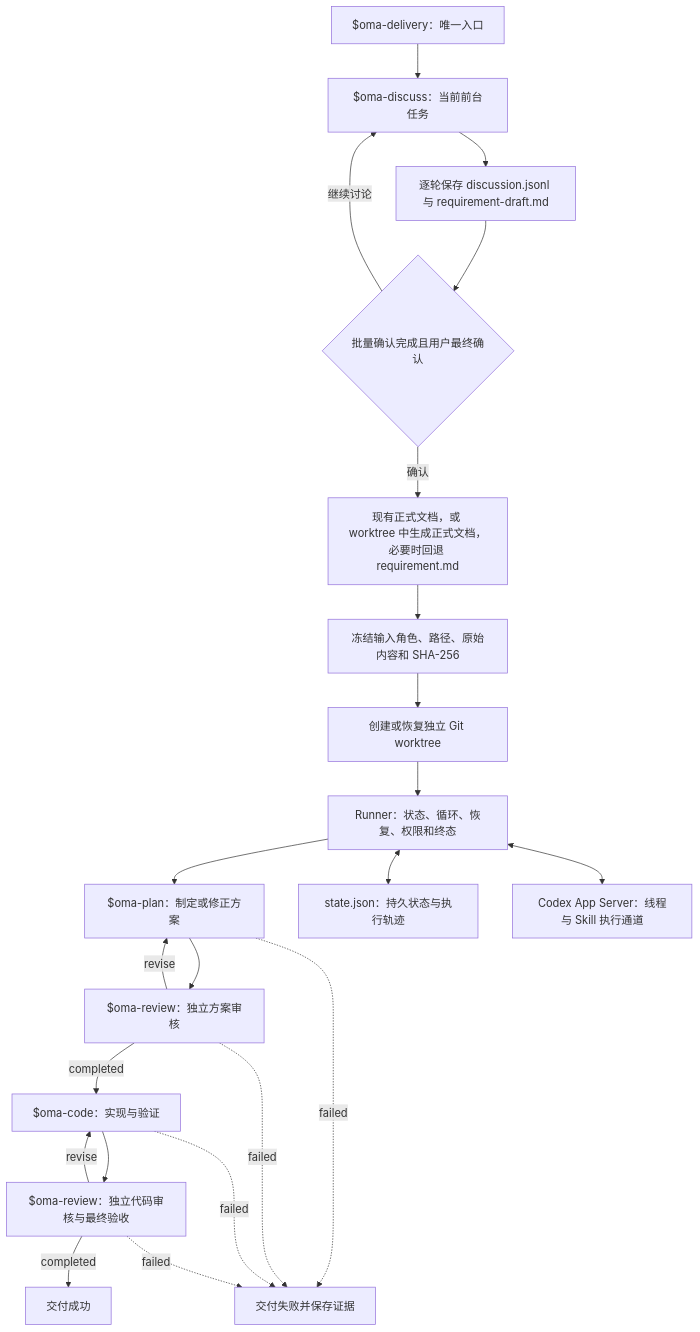
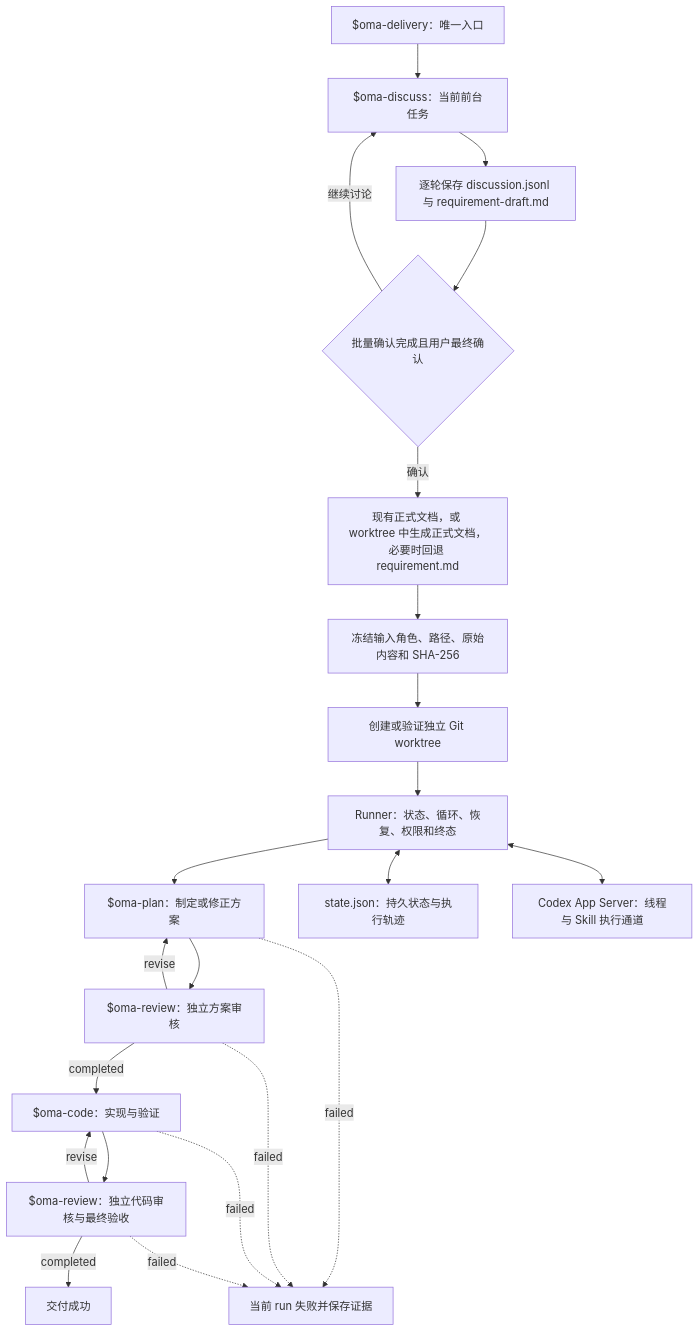
One commit to primabrucexu/OneManArmy changed the diagram in README.md. Above: the diagram before and after it, drawn with Mermaid. The commit also changed other lines of this file, not shown here.

````diff
--- a/README.md
+++ b/README.md
@@ -88,27 +88,27 @@
 ```mermaid
 flowchart TD
     A["$oma-delivery：唯一入口"] --> B["$oma-discuss：当前前台任务"]
     B --> C["逐轮保存 discussion.jsonl 与 requirement-draft.md"]
     C --> D{"批量确认完成且用户最终确认"}
     D -- "继续讨论" --> B
     D -- "确认" --> E["现有正式文档，或 worktree 中生成正式文档，必要时回退 requirement.md"]
     E --> O["冻结输入角色、路径、原始内容和 SHA-256"]
-    O --> P["创建或恢复独立 Git worktree"]
+    O --> P["创建或验证独立 Git worktree"]
     P --> F["Runner：状态、循环、恢复、权限和终态"]
 
     F --> G["$oma-plan：制定或修正方案"]
     G --> H["$oma-review：独立方案审核"]
     H -- "revise" --> G
     H -- "completed" --> I["$oma-code：实现与验证"]
     I --> J["$oma-review：独立代码审核与最终验收"]
     J -- "revise" --> I
     J -- "completed" --> K["交付成功"]
 
-    G -. "failed" .-> L["交付失败并保存证据"]
+    G -. "failed" .-> L["当前 run 失败并保存证据"]
     H -. "failed" .-> L
     I -. "failed" .-> L
     J -. "failed" .-> L
 
     F <--> M["state.json：持久状态与执行轨迹"]
     F <--> N["Codex App Server：线程与 Skill 执行通道"]
 ```
````
